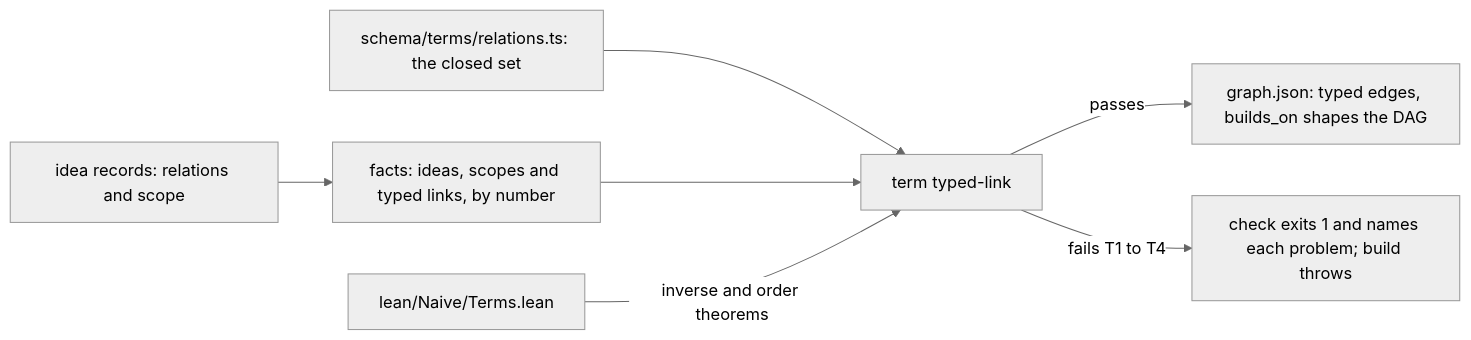
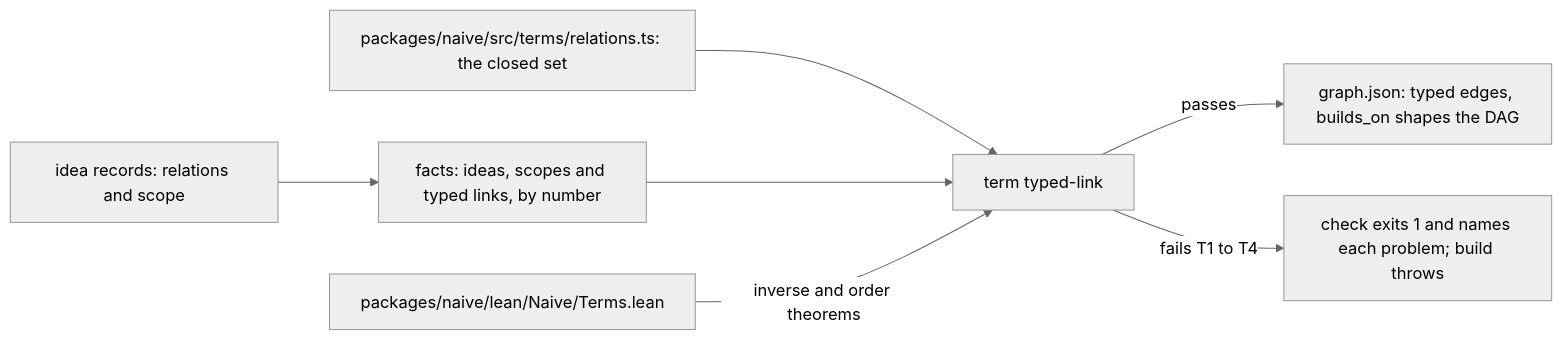
One commit to tchjhnsn/Naive changed the diagram in purpose/frameworks/idea-map/README.md. Above: the diagram before and after it, drawn with Mermaid (neutral theme). The commit also changed other lines of this file and 1323 other files, not shown here.

First line of the commit message:
Move Naive into packages/naive (EE-118 step 5): mechanical move

````diff
--- a/purpose/frameworks/idea-map/README.md
+++ b/purpose/frameworks/idea-map/README.md
@@ -75,9 +75,9 @@
 ```mermaid
 flowchart LR
   R["idea records: relations and scope"] --> F["facts: ideas, scopes and typed links, by number"]
-  T["schema/terms/relations.ts: the closed set"] --> TL["term typed-link"]
+  T["packages/naive/src/terms/relations.ts: the closed set"] --> TL["term typed-link"]
   F --> TL
   TL -->|"passes"| G["graph.json: typed edges, builds_on shapes the DAG"]
   TL -->|"fails T1 to T4"| X["check exits 1 and names each problem; build throws"]
-  L["lean/Naive/Terms.lean"] -->|"inverse and order theorems"| TL
+  L["packages/naive/lean/Naive/Terms.lean"] -->|"inverse and order theorems"| TL
 ```
````
